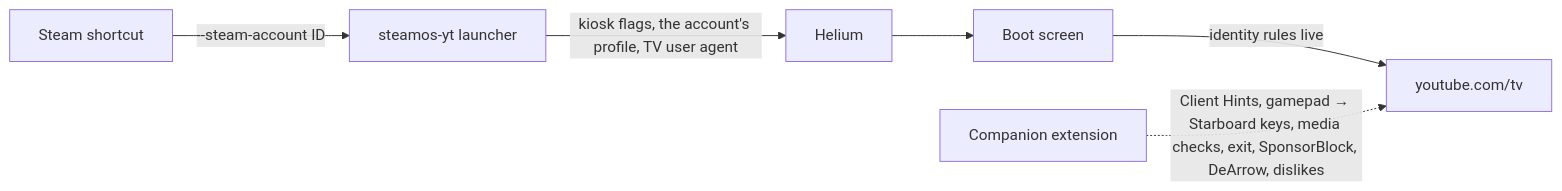
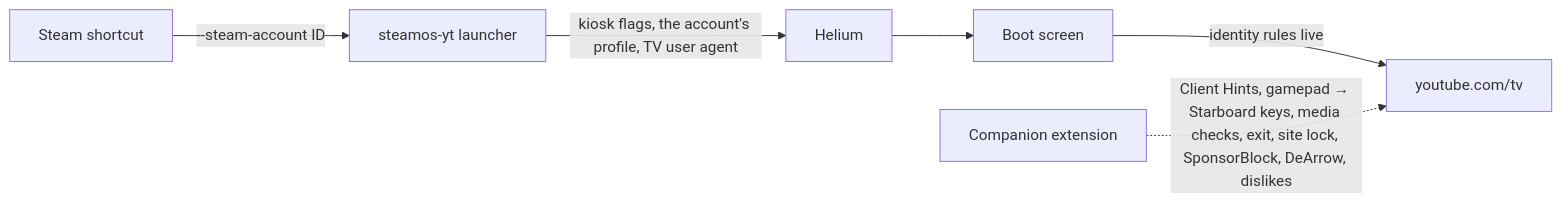
Before and after one commit to Jadocee/steamos-yt: the diagram in README.md, drawn with Mermaid. The commit also changed other lines of this file and 16 other files, not shown here.

````diff
--- a/README.md
+++ b/README.md
@@ -148,8 +174,8 @@
 ```mermaid
 flowchart LR
   Steam["Steam shortcut"] -->|"--steam-account ID"| Launcher["steamos-yt launcher"]
   Launcher -->|"kiosk flags, the account's profile, TV user agent"| Helium["Helium"]
   Helium --> Splash["Boot screen"]
   Splash -->|"identity rules live"| TV["youtube.com/tv"]
-  Extension["Companion extension"] -.->|"Client Hints, gamepad → Starboard keys, media checks, exit, SponsorBlock, DeArrow, dislikes"| TV
+  Extension["Companion extension"] -.->|"Client Hints, gamepad → Starboard keys, media checks, exit, site lock, SponsorBlock, DeArrow, dislikes"| TV
 ```
````
